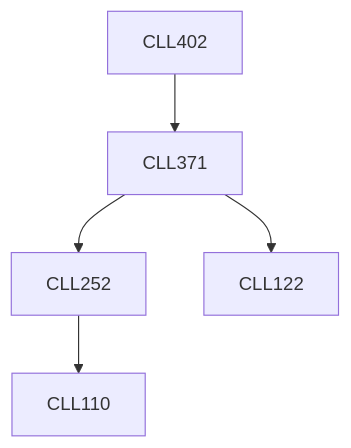
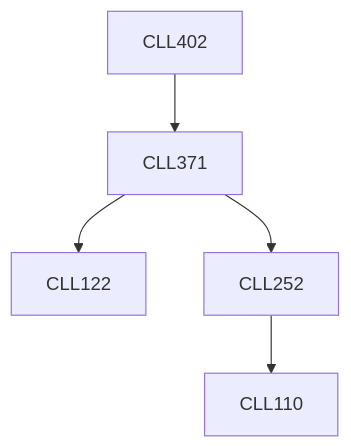
The diagram in content/Chemical Engineering/CLL402.md (KeshavBansal0122/CoS_Website), drawn with Mermaid before and after one commit. The commit also changed other lines of this file and 2662 other files, not shown here.

````diff
--- a/content/Chemical Engineering/CLL402.md
+++ b/content/Chemical Engineering/CLL402.md
@@ -15,11 +15,11 @@
 ```mermaid
 flowchart TD
 CLL402-123[CLL402]
-CLL402-123 --> CLL371-123[CLL371]
-CLL371-123 --> CLL252-123[CLL252]
 CLL371-123 --> CLL122-123[CLL122]
 CLL252-123 --> CLL110-123[CLL110]
+CLL371-123 --> CLL252-123[CLL252]
+CLL402-123 --> CLL371-123[CLL371]
 
 classDef empty height:17px, fill:transparent, stroke:transparent;
 classDef trueEmpty height:0px, width:0px;
 ```
````
